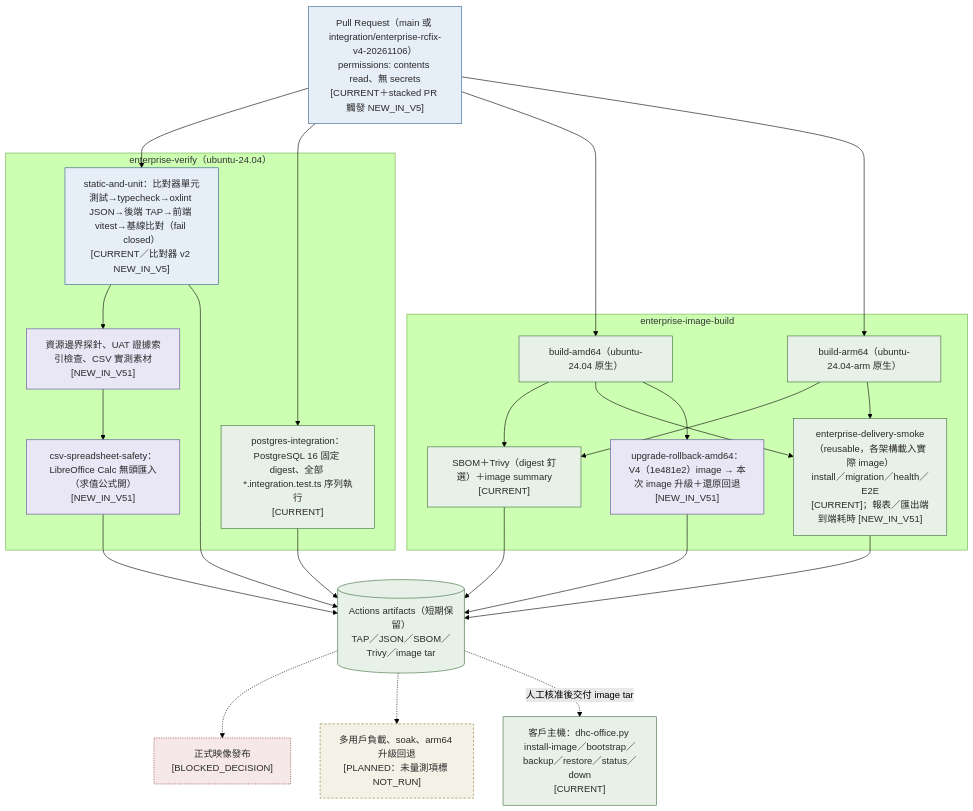
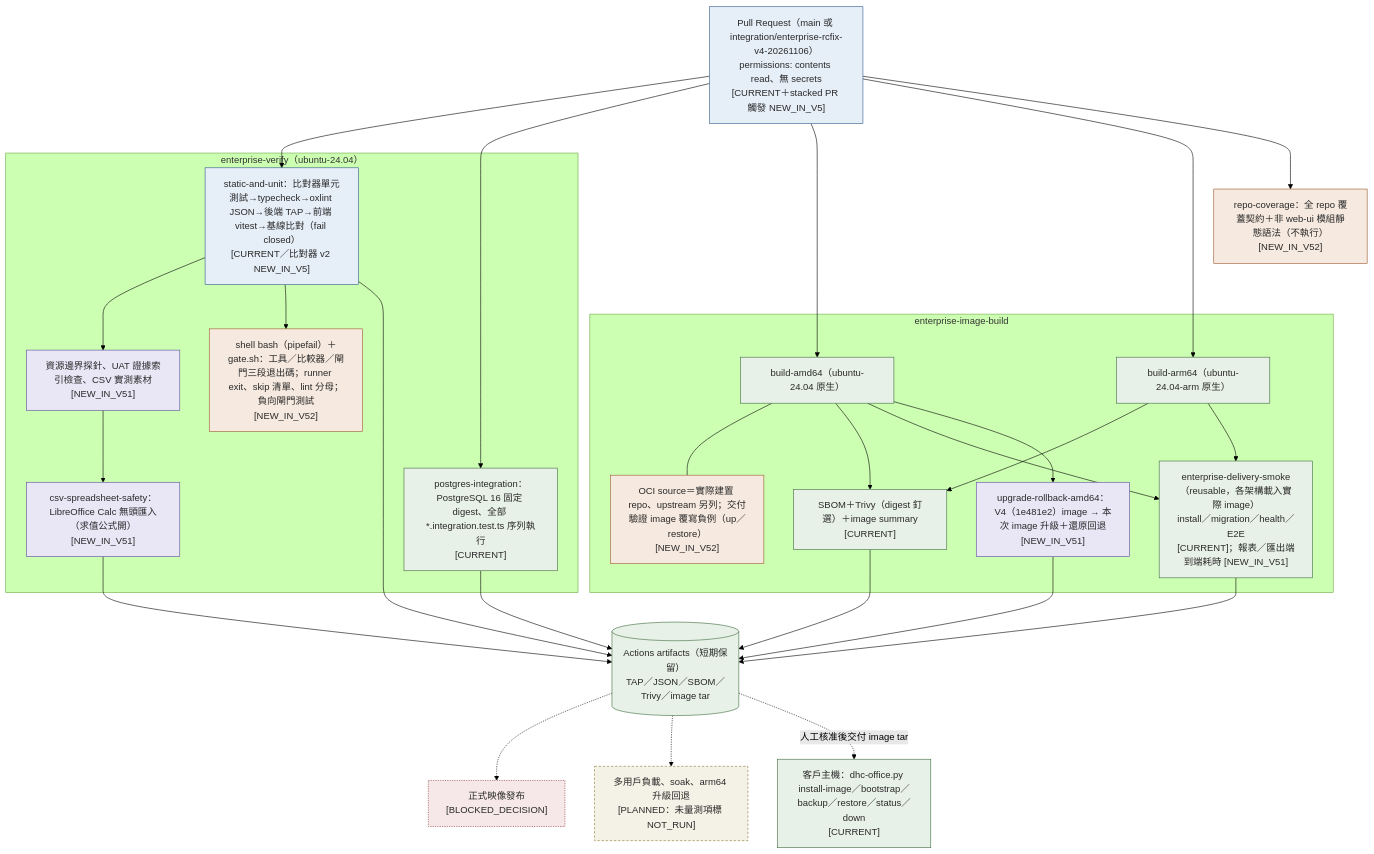
The diagram in web-ui/docs/enterprise/architecture/DEPLOYMENT_CI_ARCHITECTURE.mmd (hades60414-sys/DHC-AI-SYSTEM), drawn with Mermaid (forest theme) before and after one commit. The commit also changed 12 other files, not shown here.

First line of the commit message:
docs(enterprise): V5.2 architecture delta, ledger and ASTRA-ROLL remediation matrix

```diff
--- a/web-ui/docs/enterprise/architecture/DEPLOYMENT_CI_ARCHITECTURE.mmd
+++ b/web-ui/docs/enterprise/architecture/DEPLOYMENT_CI_ARCHITECTURE.mmd
@@ -1,45 +1,52 @@
 %% CI 與部署架構。來源：.github/workflows/enterprise-*.yml、deploy/ai-office/dhc-office.py。
 flowchart TB
   classDef current fill:#e8f1e8,stroke:#3d6b3d,color:#2A2A2A
   classDef newv5 fill:#e6eef8,stroke:#2f5d8a,color:#2A2A2A
   classDef newv51 fill:#e9e6f6,stroke:#5a4a9a,color:#2A2A2A
+  classDef newv52 fill:#f6e9df,stroke:#9a5a2a,color:#2A2A2A
   classDef planned fill:#f4f1e6,stroke:#8a7a2f,color:#2A2A2A,stroke-dasharray:4 3
   classDef blocked fill:#f6e8e8,stroke:#8a2f2f,color:#2A2A2A,stroke-dasharray:2 2
 
   pr["Pull Request（main 或 integration/enterprise-rcfix-v4-20261106）<br/>permissions: contents read、無 secrets<br/>[CURRENT＋stacked PR 觸發 NEW_IN_V5]"]:::newv5
   subgraph verify["enterprise-verify（ubuntu-24.04）"]
     su["static-and-unit：比對器單元測試→typecheck→oxlint JSON→後端 TAP→前端 vitest→基線比對（fail closed）<br/>[CURRENT／比對器 v2 NEW_IN_V5]"]:::newv5
     pg["postgres-integration：PostgreSQL 16 固定 digest、全部 *.integration.test.ts 序列執行<br/>[CURRENT]"]:::current
     probe["資源邊界探針、UAT 證據索引檢查、CSV 實測素材<br/>[NEW_IN_V51]"]:::newv51
+    gates["shell bash（pipefail）＋gate.sh：工具／比較器／閘門三段退出碼；runner exit、skip 清單、lint 分母；負向閘門測試<br/>[NEW_IN_V52]"]:::newv52
     lo["csv-spreadsheet-safety：LibreOffice Calc 無頭匯入（求值公式開）<br/>[NEW_IN_V51]"]:::newv51
   end
   subgraph image["enterprise-image-build"]
     a64["build-amd64（ubuntu-24.04 原生）"]:::current
     r64["build-arm64（ubuntu-24.04-arm 原生）"]:::current
     scan["SBOM＋Trivy（digest 釘選）＋image summary<br/>[CURRENT]"]:::current
     dl["enterprise-delivery-smoke（reusable，各架構載入實際 image）<br/>install／migration／health／E2E<br/>[CURRENT]；報表／匯出端到端耗時 [NEW_IN_V51]"]:::current
     upg["upgrade-rollback-amd64：V4（1e481e2）image → 本次 image 升級＋還原回退<br/>[NEW_IN_V51]"]:::newv51
+    lbl["OCI source＝實際建置 repo、upstream 另列；交付驗證 image 覆寫負例（up／restore）<br/>[NEW_IN_V52]"]:::newv52
+    a64 --- lbl
   end
   art[("Actions artifacts（短期保留）<br/>TAP／JSON／SBOM／Trivy／image tar")]:::current
   ghcr["正式映像發布<br/>[BLOCKED_DECISION]"]:::blocked
   perf["多用戶負載、soak、arm64 升級回退<br/>[PLANNED：未量測項標 NOT_RUN]"]:::planned
   cust["客戶主機：dhc-office.py install-image／bootstrap／backup／restore／status／down<br/>[CURRENT]"]:::current
 
   pr --> su
   pr --> pg
   pr --> a64 --> scan
   pr --> r64 --> scan
   a64 --> dl
   a64 --> upg
   su --> probe
+  su --> gates
+  cov["repo-coverage：全 repo 覆蓋契約＋非 web-ui 模組靜態語法（不執行）<br/>[NEW_IN_V52]"]:::newv52
+  pr --> cov
   probe --> lo
   upg --> art
   lo --> art
   r64 --> dl
   su --> art
   pg --> art
   scan --> art
   dl --> art
   art -.-> ghcr
   art -.-> perf
   art -.->|"人工核准後交付 image tar"| cust
```
